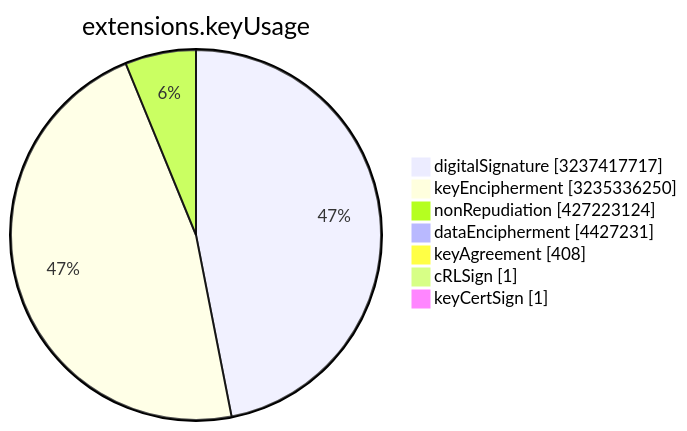
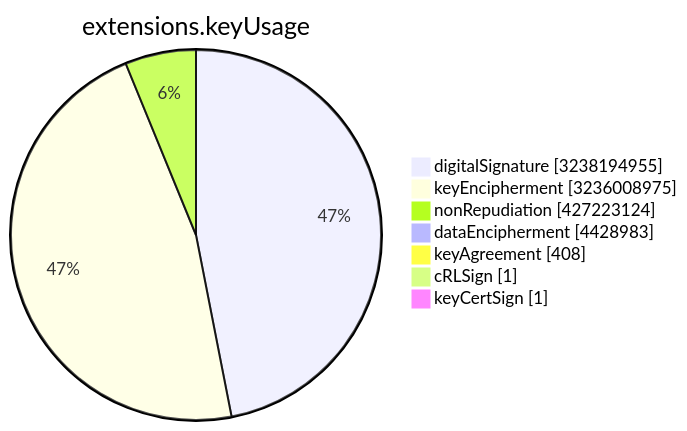
One commit to christiankrug/ctmonitor_visualization changed the sixth of 15 diagrams in TOTAL/README.md. Above: the diagram before and after it, drawn with Mermaid. The commit also changed other lines of this file, not shown here.

````diff
--- a/TOTAL/README.md
+++ b/TOTAL/README.md
@@ -3077,11 +3077,11 @@
 ```mermaid
 pie showData
 title extensions.keyUsage
-"digitalSignature" :3237417717
-"keyEncipherment" :3235336250
+"digitalSignature" :3238194955
+"keyEncipherment" :3236008975
 "nonRepudiation" :427223124
-"dataEncipherment" :4427231
+"dataEncipherment" :4428983
 "keyAgreement" :408
 "cRLSign" :1
 "keyCertSign" :1
 ```
````
